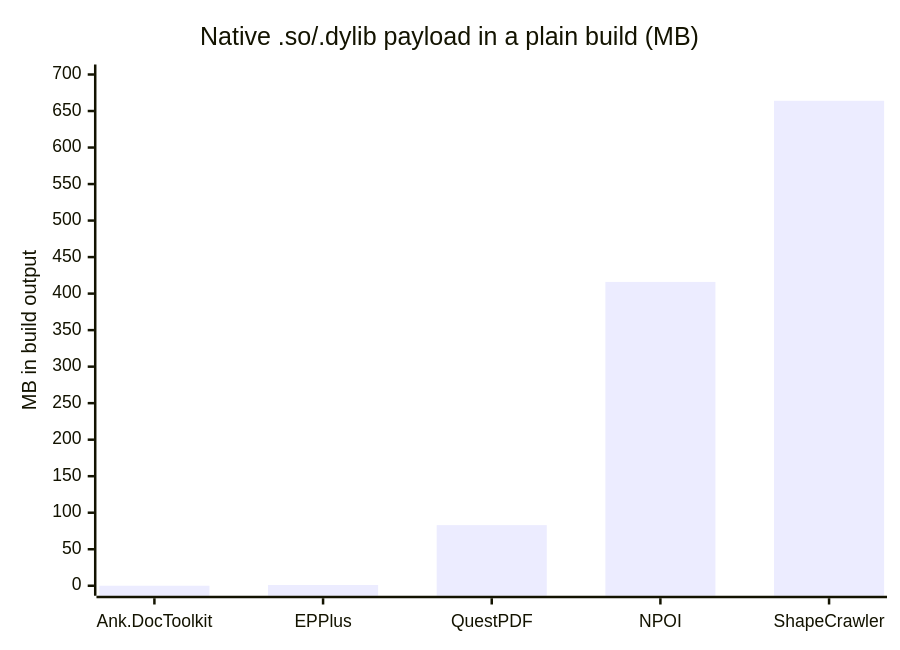
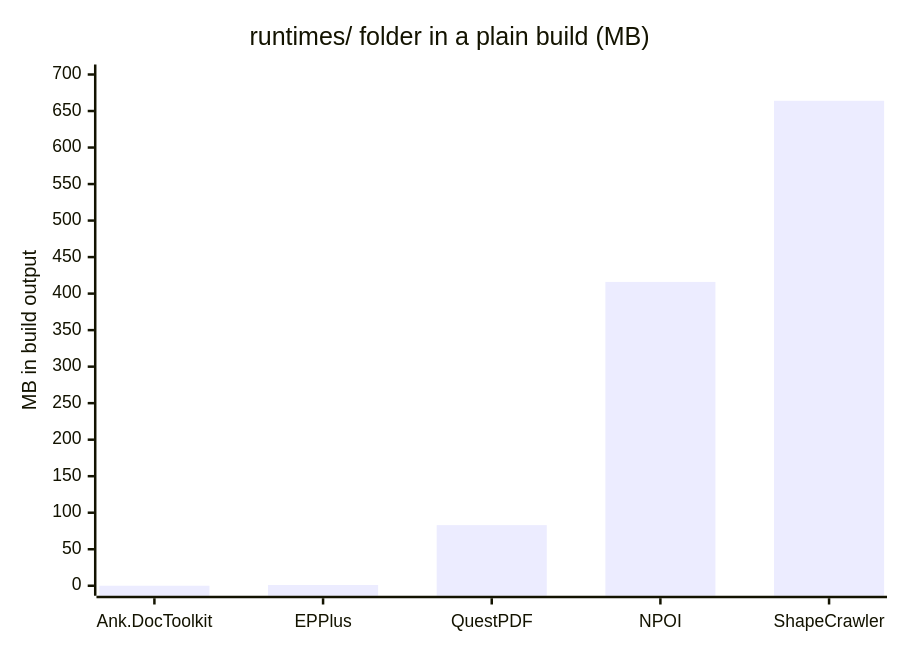
One commit to Ank-KhoaHo/DocToolkit changed the diagram in README.md. Above: the diagram before and after it, drawn with Mermaid. The commit also changed other lines of this file, not shown here.

First paragraph of the commit message:
docs: fix the native-payload chart's title and label its measurement (#464)
## Summary

````diff
--- a/README.md
+++ b/README.md
@@ -70,7 +70,7 @@
 ```mermaid
 xychart-beta
-    title "Native .so/.dylib payload in a plain build (MB)"
-    x-axis [Ank.DocToolkit, EPPlus, QuestPDF, NPOI, ShapeCrawler]
+    title "runtimes/ folder in a plain build (MB)"
+    x-axis ["Ank.DocToolkit", "EPPlus", "QuestPDF", "NPOI", "ShapeCrawler"]
     y-axis "MB in build output" 0 --> 700
     bar [0, 1, 83, 416, 664]
 ```
````
